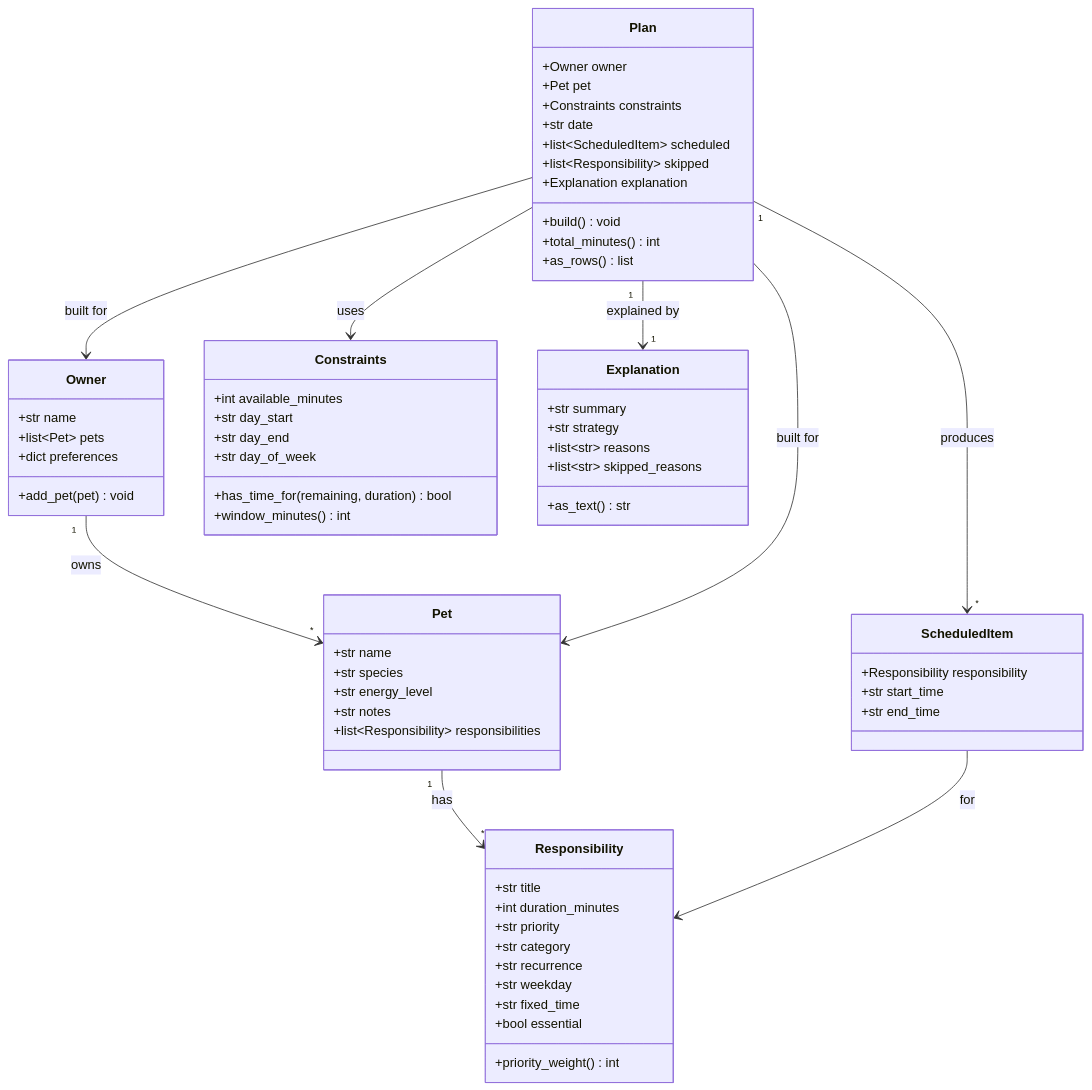
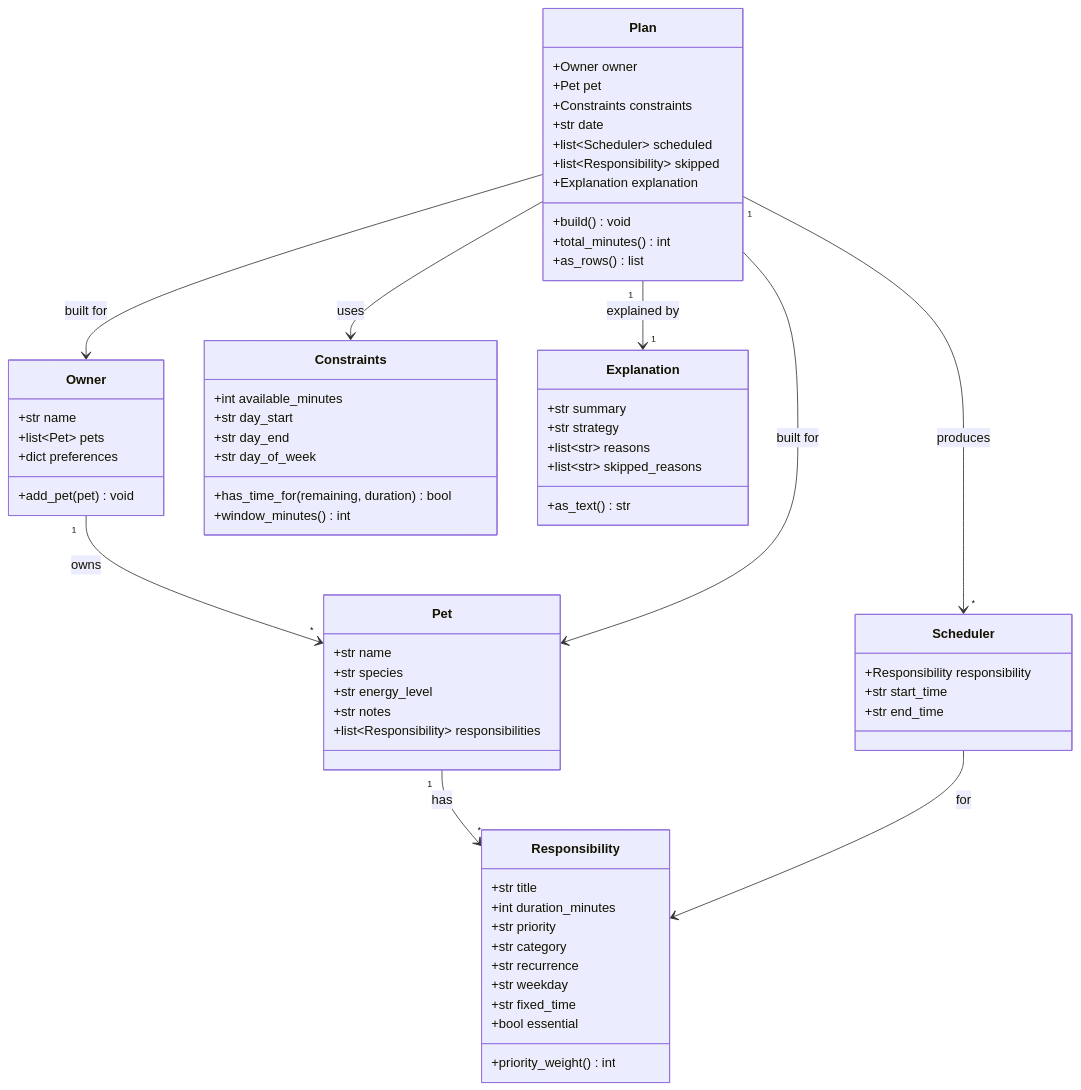
Before and after one commit to codepath/ai110-module2show-pawpal-starter: the diagram in diagrams/uml_draft.mmd, drawn with Mermaid. The commit also changed 1 other file, not shown here.

Commit message:
changed ScheduledItem to Scheduler

```diff
--- a/diagrams/uml_draft.mmd
+++ b/diagrams/uml_draft.mmd
@@ -1,68 +1,68 @@
 classDiagram
     %% PawPal+ object design (draft).
 
     class Owner {
         +str name
         +list~Pet~ pets
         +dict preferences
         +add_pet(pet) void
     }
     class Pet {
         +str name
         +str species
         +str energy_level
         +str notes
         +list~Responsibility~ responsibilities
     }
     class Responsibility {
         +str title
         +int duration_minutes
         +str priority
         +str category
         +str recurrence
         +str weekday
         +str fixed_time
         +bool essential
         +priority_weight() int
     }
     class Constraints {
         +int available_minutes
         +str day_start
         +str day_end
         +str day_of_week
         +has_time_for(remaining, duration) bool
         +window_minutes() int
     }
     class Plan {
         +Owner owner
         +Pet pet
         +Constraints constraints
         +str date
-        +list~ScheduledItem~ scheduled
+        +list~Scheduler~ scheduled
         +list~Responsibility~ skipped
         +Explanation explanation
         +build() void
         +total_minutes() int
         +as_rows() list
     }
-    class ScheduledItem {
+    class Scheduler {
         +Responsibility responsibility
         +str start_time
         +str end_time
     }
     class Explanation {
         +str summary
         +str strategy
         +list~str~ reasons
         +list~str~ skipped_reasons
         +as_text() str
     }
 
     Owner "1" --> "*" Pet : owns
     Pet "1" --> "*" Responsibility : has
     Plan --> Owner : built for
     Plan --> Pet : built for
     Plan --> Constraints : uses
-    Plan "1" --> "*" ScheduledItem : produces
-    ScheduledItem --> Responsibility : for
+    Plan "1" --> "*" Scheduler : produces
+    Scheduler --> Responsibility : for
     Plan "1" --> "1" Explanation : explained by
```
